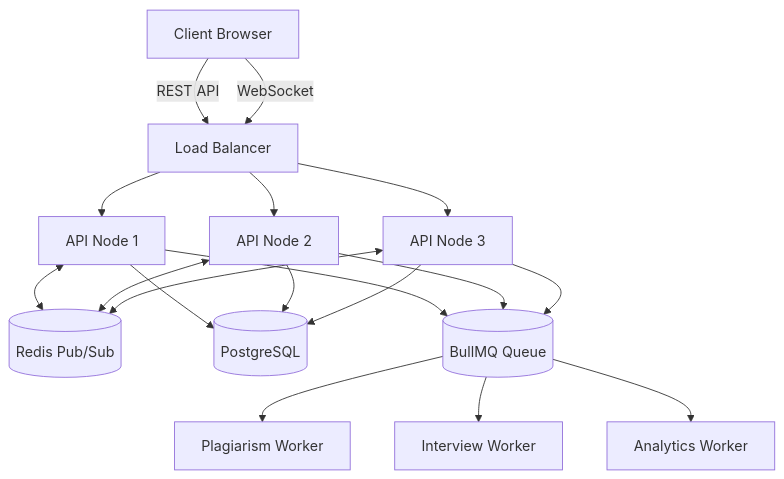
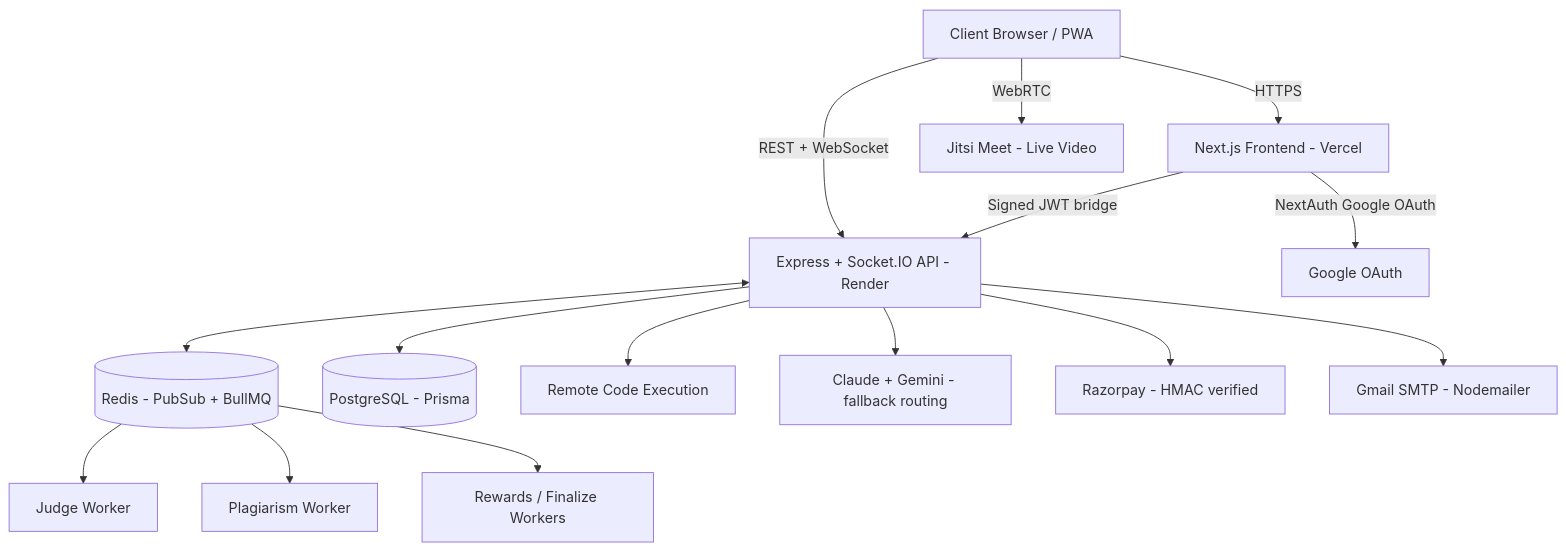
One commit to Rahul-1-eng/DivineCode changed the diagram in README.md. Above: the diagram before and after it, drawn with Mermaid. The commit also changed other lines of this file, not shown here.

````diff
--- a/README.md
+++ b/README.md
@@ -166,28 +97,23 @@
 ```mermaid
 graph TD
+    Client[Client Browser / PWA]
 
-    Client[Client Browser]
+    Client -->|HTTPS| Web[Next.js Frontend - Vercel]
+    Client -->|REST + WebSocket| API[Express + Socket.IO API - Render]
+    Client -->|WebRTC| Jitsi[Jitsi Meet - Live Video]
 
-    Client -->|REST API| LB[Load Balancer]
-    Client -->|WebSocket| LB
+    Web -->|NextAuth Google OAuth| Google[Google OAuth]
+    Web -->|Signed JWT bridge| API
 
-    LB --> API1[API Node 1]
-    LB --> API2[API Node 2]
-    LB --> API3[API Node 3]
+    API <--> Redis[(Redis - PubSub + BullMQ)]
+    API --> PG[(PostgreSQL - Prisma)]
 
-    API1 <--> Redis[(Redis Pub/Sub)]
-    API2 <--> Redis
-    API3 <--> Redis
+    Redis --> W1[Judge Worker]
+    Redis --> W2[Plagiarism Worker]
+    Redis --> W3[Rewards / Finalize Workers]
 
-    API1 --> PostgreSQL[(PostgreSQL)]
-    API2 --> PostgreSQL
-    API3 --> PostgreSQL
-
-    API1 --> Queue[(BullMQ Queue)]
-    API2 --> Queue
-    API3 --> Queue
-
-    Queue --> Worker1[Plagiarism Worker]
-    Queue --> Worker2[Interview Worker]
-    Queue --> Worker3[Analytics Worker]
+    API --> Exec[Remote Code Execution]
+    API --> AI[Claude + Gemini - fallback routing]
+    API --> RZP[Razorpay - HMAC verified]
+    API --> Mail[Gmail SMTP - Nodemailer]
 ```
````
